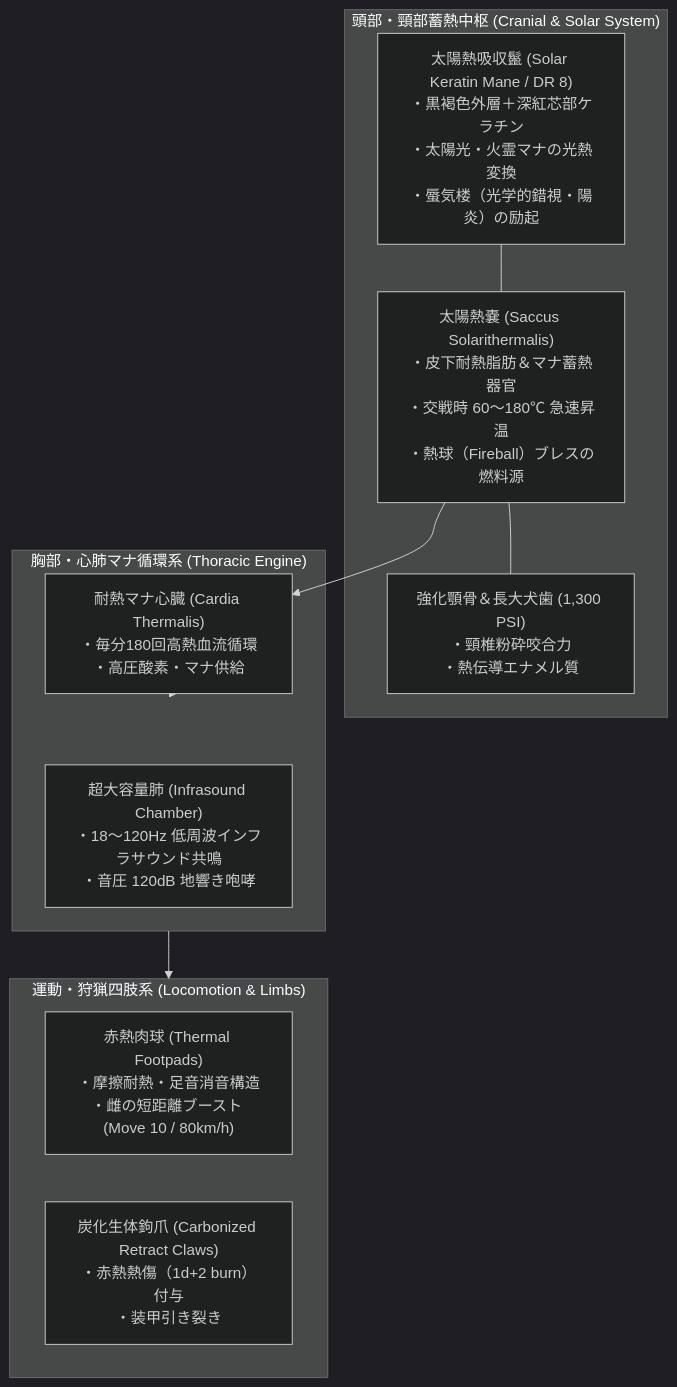
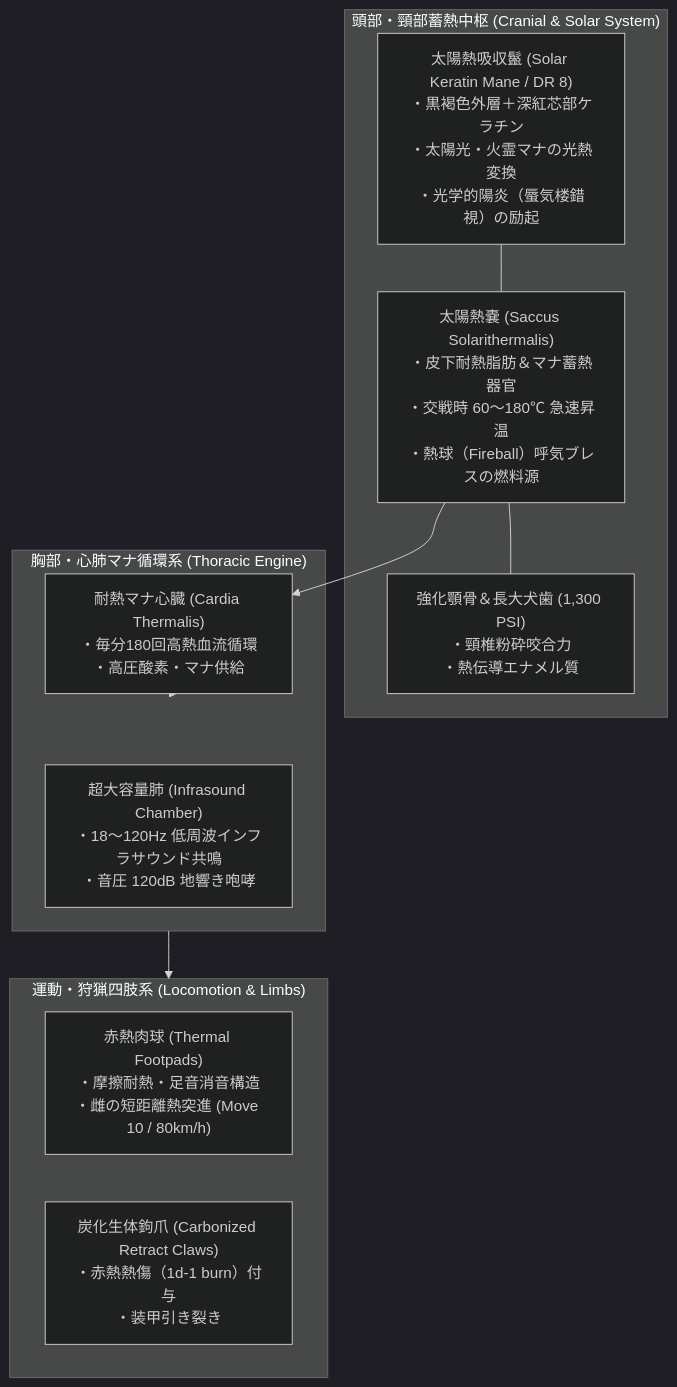
Before and after one commit to takenoriohno-cloud/world-building: the first of 2 diagrams in creatures/007_pyro_pride_lion.md, drawn with Mermaid (dark theme). The commit also changed other lines of this file and 14 other files, not shown here.

````diff
--- a/creatures/007_pyro_pride_lion.md
+++ b/creatures/007_pyro_pride_lion.md
@@ -40,25 +74,25 @@
 ```mermaid
 flowchart TD
-    %% 陽炎巨鬣獅 パイロ・プライド・ライオン 生体熱励起・解剖連関構造図
+    %% カゲロウライオン 生体熱励起・解剖連関構造図
     subgraph CRANIAL["頭部・頸部蓄熱中枢 (Cranial & Solar System)"]
-        MANE["太陽熱吸収鬣 (Solar Keratin Mane / DR 8)<br/>・黒褐色外層＋深紅芯部ケラチン<br/>・太陽光・火霊マナの光熱変換<br/>・蜃気楼（光学的錯視・陽炎）の励起"]
-        SACCUS["太陽熱嚢 (Saccus Solarithermalis)<br/>・皮下耐熱脂肪＆マナ蓄熱器官<br/>・交戦時 60〜180℃ 急速昇温<br/>・熱球（Fireball）ブレスの燃料源"]
+        MANE["太陽熱吸収鬣 (Solar Keratin Mane / DR 8)<br/>・黒褐色外層＋深紅芯部ケラチン<br/>・太陽光・火霊マナの光熱変換<br/>・光学的陽炎（蜃気楼錯視）の励起"]
+        SACCUS["太陽熱嚢 (Saccus Solarithermalis)<br/>・皮下耐熱脂肪＆マナ蓄熱器官<br/>・交戦時 60〜180℃ 急速昇温<br/>・熱球（Fireball）呼気ブレスの燃料源"]
         JAW["強化顎骨＆長大犬歯 (1,300 PSI)<br/>・頸椎粉砕咬合力<br/>・熱伝導エナメル質"]
         MANE --- SACCUS
         SACCUS --- JAW
     end
 
     subgraph THORAX["胸部・心肺マナ循環系 (Thoracic Engine)"]
         HEART["耐熱マナ心臓 (Cardia Thermalis)<br/>・毎分180回高熱血流循環<br/>・高圧酸素・マナ供給"]
         LUNG["超大容量肺 (Infrasound Chamber)<br/>・18〜120Hz 低周波インフラサウンド共鳴<br/>・音圧 120dB 地響き咆哮"]
     end
 
     subgraph MOTOR["運動・狩猟四肢系 (Locomotion & Limbs)"]
-        PADS["赤熱肉球 (Thermal Footpads)<br/>・摩擦耐熱・足音消音構造<br/>・雌の短距離ブースト (Move 10 / 80km/h)"]
-        CLAWS["炭化生体鉤爪 (Carbonized Retract Claws)<br/>・赤熱熱傷（1d+2 burn）付与<br/>・装甲引き裂き"]
+        PADS["赤熱肉球 (Thermal Footpads)<br/>・摩擦耐熱・足音消音構造<br/>・雌の短距離熱突進 (Move 10 / 80km/h)"]
+        CLAWS["炭化生体鉤爪 (Carbonized Retract Claws)<br/>・赤熱熱傷（1d-1 burn）付与<br/>・装甲引き裂き"]
     end
 
     SACCUS --> HEART
     HEART --> THORAX
     THORAX --> MOTOR
 ```
````
